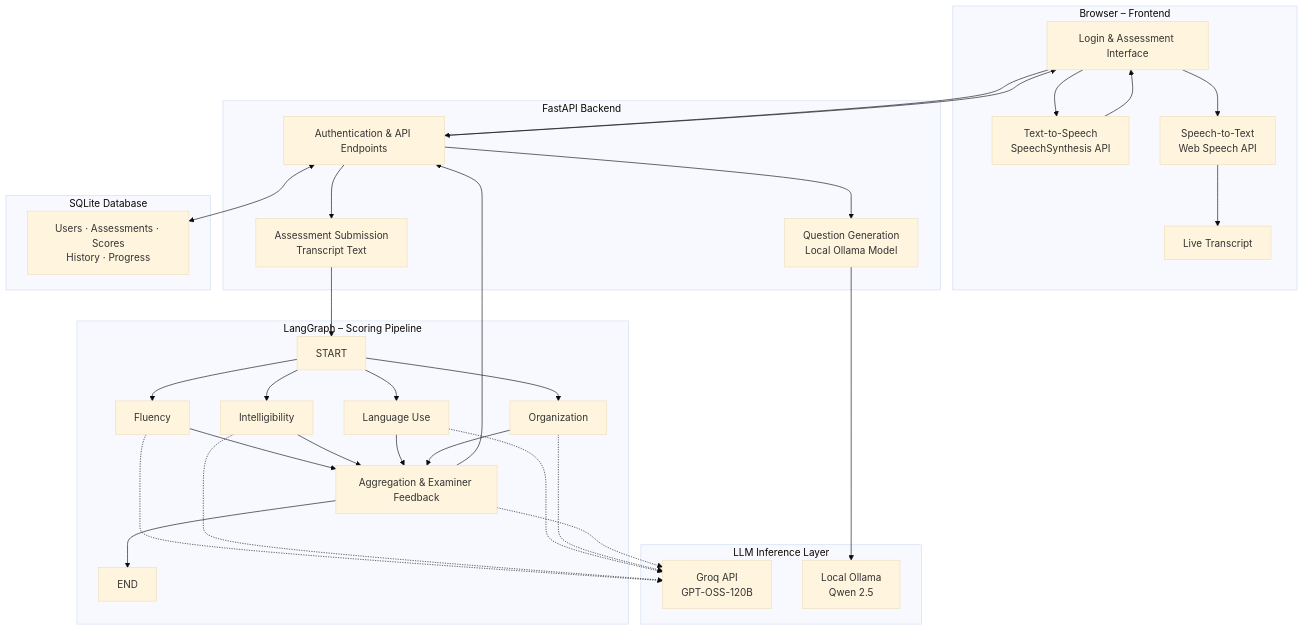
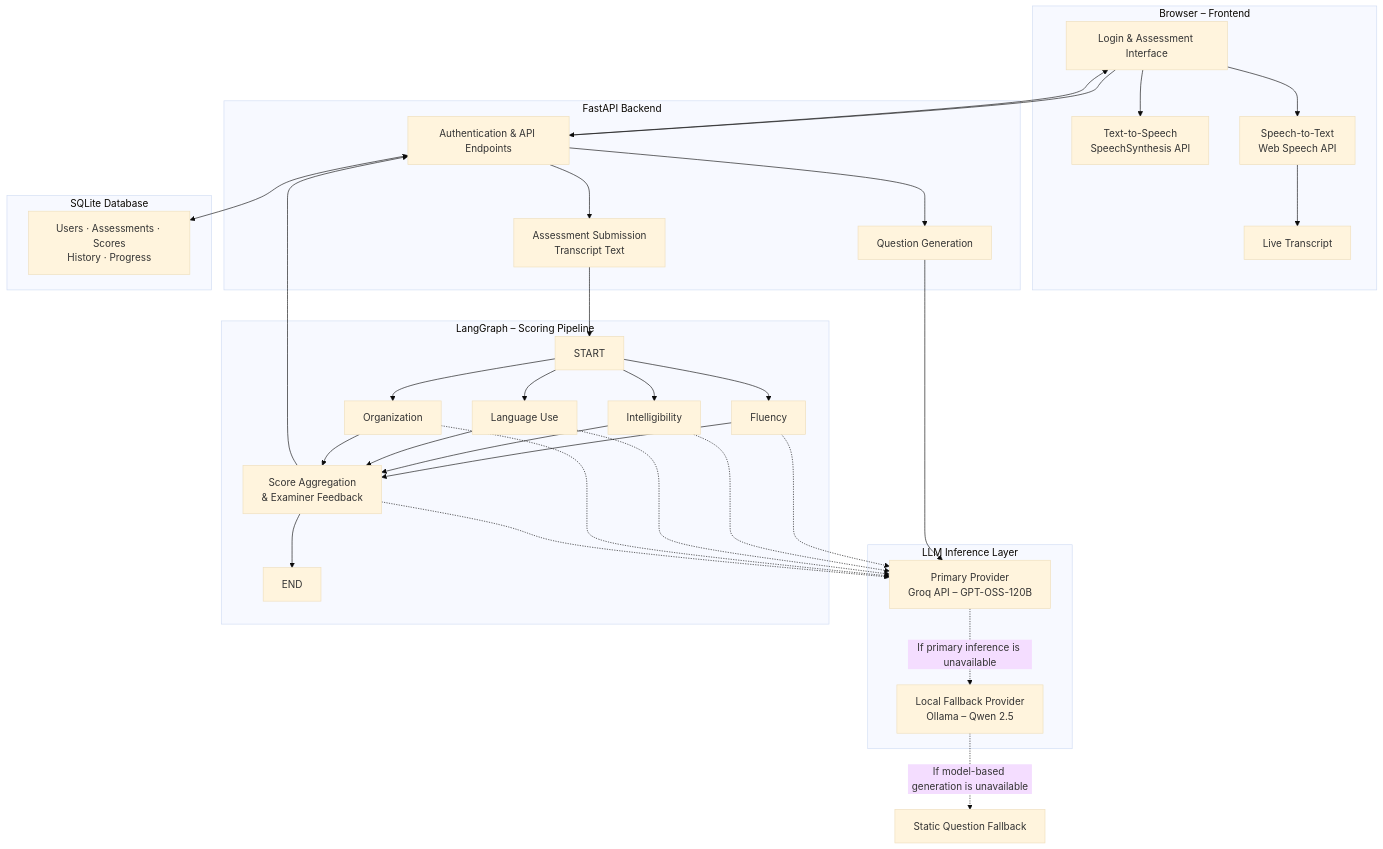
One commit to swarali-svk/eloquence changed the diagram in README.md. Above: the diagram before and after it, drawn with Mermaid (base theme). The commit also changed other lines of this file, not shown here.

Commit message:
Correct README architecture and inference fallback

````diff
--- a/README.md
+++ b/README.md
@@ -13,62 +13,72 @@
 ```mermaid
 flowchart TD
+
     subgraph Browser["Browser – Frontend"]
         UI["Login & Assessment Interface"]
         TTS["Text-to-Speech<br/>SpeechSynthesis API"]
         STT["Speech-to-Text<br/>Web Speech API"]
         TRANSCRIPT["Live Transcript"]
+
         UI --> TTS
-        TTS --> UI
         UI --> STT
         STT --> TRANSCRIPT
     end
 
     subgraph Backend["FastAPI Backend"]
         API["Authentication & API Endpoints"]
-        QUESTIONS["Question Generation<br/>Local Ollama Model"]
-        SCORE["Assessment Submission<br/>Transcript Text"]
+        QG["Question Generation"]
+        SUBMIT["Assessment Submission<br/>Transcript Text"]
+    end
+
+    subgraph LLM["LLM Inference Layer"]
+        GROQ["Primary Provider<br/>Groq API – GPT-OSS-120B"]
+        OLLAMA["Local Fallback Provider<br/>Ollama – Qwen 2.5"]
     end
 
     subgraph Workflow["LangGraph – Scoring Pipeline"]
         START["START"]
         F["Fluency"]
         I["Intelligibility"]
         L["Language Use"]
         O["Organization"]
-        AGG["Aggregation & Examiner Feedback"]
+        AGG["Score Aggregation<br/>& Examiner Feedback"]
         END["END"]
 
         START --> F
         START --> I
         START --> L
         START --> O
+
         F --> AGG
         I --> AGG
         L --> AGG
         O --> AGG
+
         AGG --> END
     end
 
-    subgraph Inference["LLM Inference Layer"]
-        GROQ["Groq API<br/>GPT-OSS-120B"]
-        OLLAMA["Local Ollama<br/>Qwen 2.5"]
-    end
+    STATIC["Static Question Fallback"]
 
     subgraph Storage["SQLite Database"]
         DB["Users · Assessments · Scores<br/>History · Progress"]
     end
 
     UI --> API
-    API --> QUESTIONS
-    API --> SCORE
-    QUESTIONS --> OLLAMA
-    SCORE --> START
+    API --> QG
+    QG --> GROQ
+    GROQ -. "If primary inference is unavailable" .-> OLLAMA
+    OLLAMA -. "If model-based generation is unavailable" .-> STATIC
+
+    API --> SUBMIT
+    SUBMIT --> START
+
     F -.-> GROQ
     I -.-> GROQ
     L -.-> GROQ
     O -.-> GROQ
     AGG -.-> GROQ
+
     API <--> DB
     AGG --> API
     API --> UI
 ```
````
